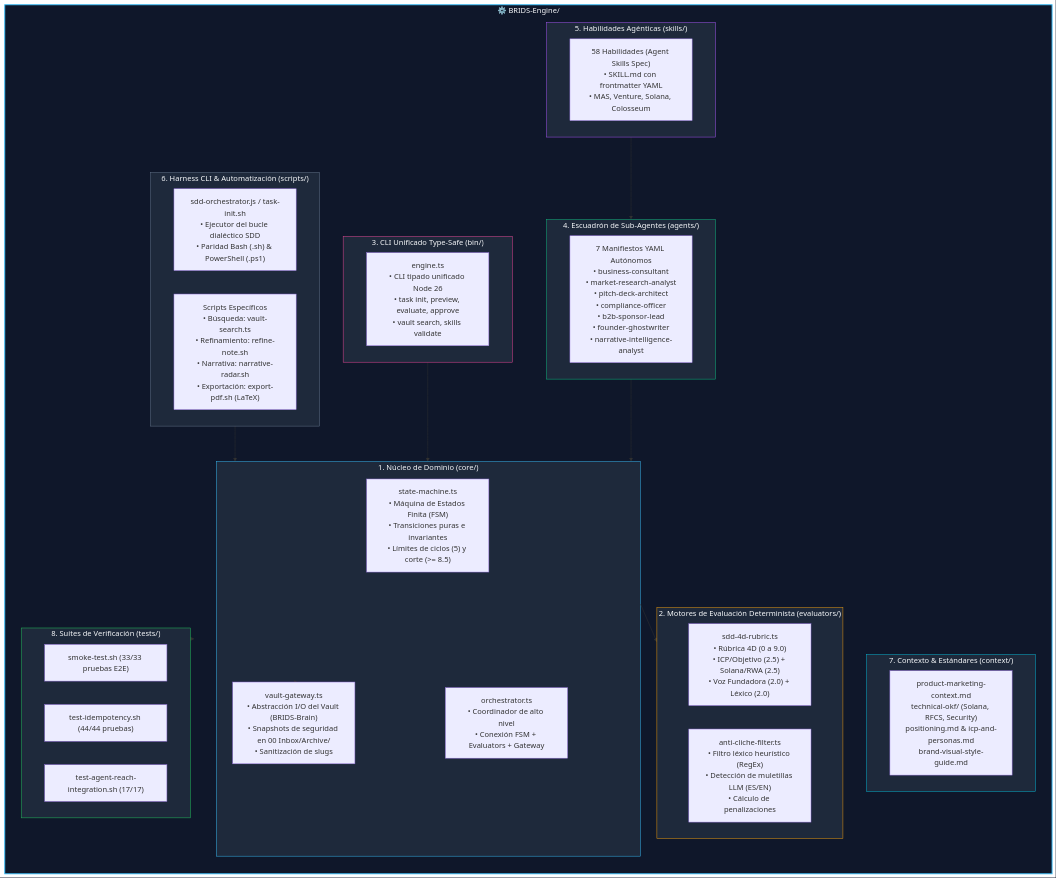
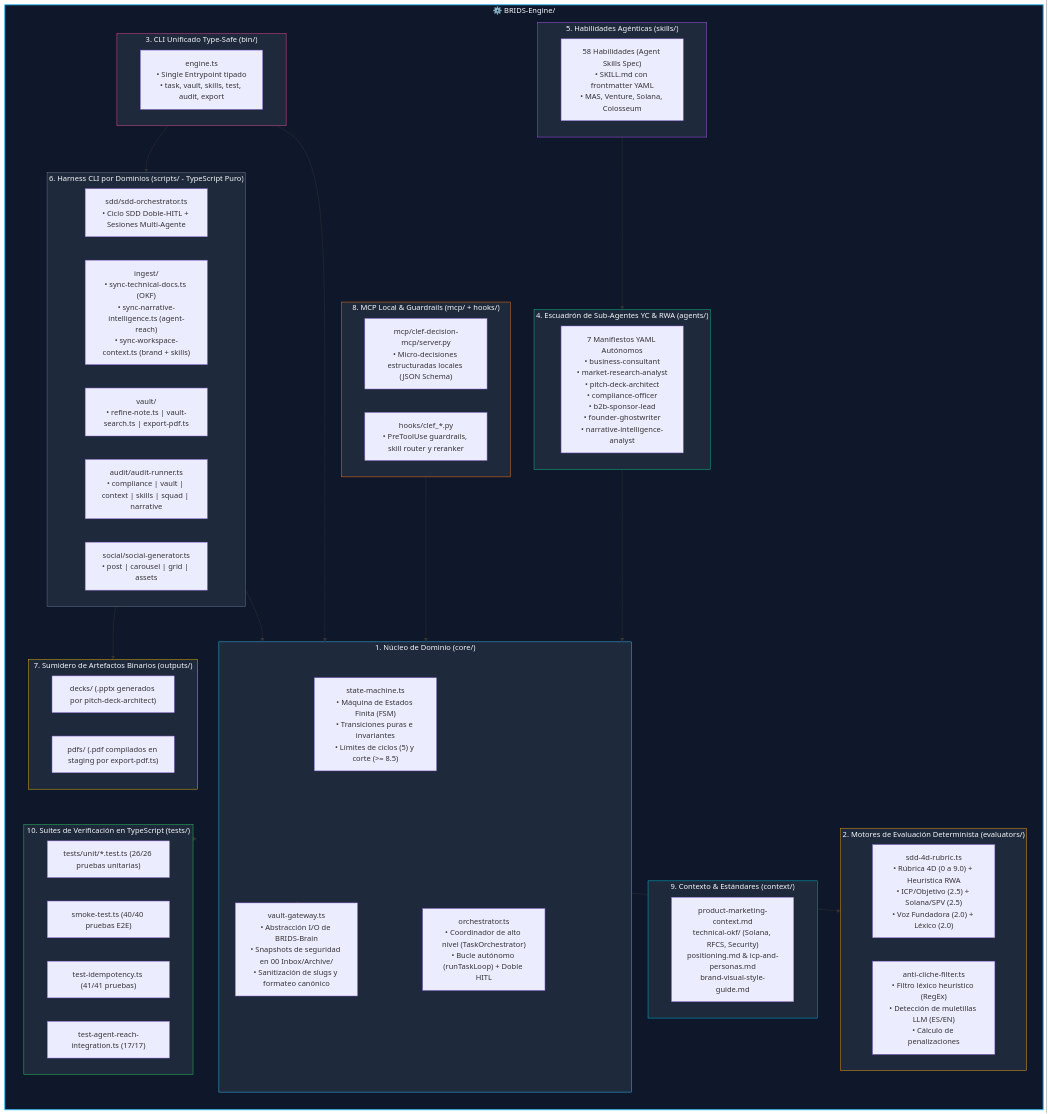
The diagram in BRIDS-Engine/docs/brids_engine_arquitectura.md (jeisonsosablockdev/BRIDS-KNOWLEDGE-FORT), drawn with Mermaid before and after one commit. The commit also changed other lines of this file and 219 other files, not shown here.

First line of the commit message:
refactor(engine): migrate scripts & tests to TypeScript domain architecture + SOLID cleanup

````diff
--- a/BRIDS-Engine/docs/brids_engine_arquitectura.md
+++ b/BRIDS-Engine/docs/brids_engine_arquitectura.md
@@ -26,62 +26,81 @@
 ```mermaid
 flowchart TB
     subgraph BRIDSEngine["⚙️ BRIDS-Engine/"]
         direction TB
 
         subgraph CoreLayer["1. Núcleo de Dominio (core/)"]
             SM["state-machine.ts<br/>• Máquina de Estados Finita (FSM)<br/>• Transiciones puras e invariantes<br/>• Límites de ciclos (5) y corte (>= 8.5)"]
-            ORCH["orchestrator.ts<br/>• Coordinador de alto nivel<br/>• Conexión FSM + Evaluators + Gateway"]
-            GW["vault-gateway.ts<br/>• Abstracción I/O del Vault (BRIDS-Brain)<br/>• Snapshots de seguridad en 00 Inbox/Archive/<br/>• Sanitización de slugs"]
+            ORCH["orchestrator.ts<br/>• Coordinador de alto nivel (TaskOrchestrator)<br/>• Bucle autónomo (runTaskLoop) + Doble HITL"]
+            GW["vault-gateway.ts<br/>• Abstracción I/O de BRIDS-Brain<br/>• Snapshots de seguridad en 00 Inbox/Archive/<br/>• Sanitización de slugs y formateo canónico"]
         end
 
         subgraph EvalLayer["2. Motores de Evaluación Determinista (evaluators/)"]
-            RUBRIC["sdd-4d-rubric.ts<br/>• Rúbrica 4D (0 a 9.0)<br/>• ICP/Objetivo (2.5) + Solana/RWA (2.5)<br/>• Voz Fundadora (2.0) + Léxico (2.0)"]
+            RUBRIC["sdd-4d-rubric.ts<br/>• Rúbrica 4D (0 a 9.0) + Heurística RWA<br/>• ICP/Objetivo (2.5) + Solana/SPV (2.5)<br/>• Voz Fundadora (2.0) + Léxico (2.0)"]
             CLICHE["anti-cliche-filter.ts<br/>• Filtro léxico heurístico (RegEx)<br/>• Detección de muletillas LLM (ES/EN)<br/>• Cálculo de penalizaciones"]
         end
 
         subgraph BinLayer["3. CLI Unificado Type-Safe (bin/)"]
-            CLI_BIN["engine.ts<br/>• CLI tipado unificado Node 26<br/>• task init, preview, evaluate, approve<br/>• vault search, skills validate"]
+            CLI_BIN["engine.ts<br/>• Single Entrypoint tipado<br/>• task, vault, skills, test, audit, export"]
         end
 
-        subgraph AgentsLayer["4. Escuadrón de Sub-Agentes (agents/)"]
+        subgraph AgentsLayer["4. Escuadrón de Sub-Agentes YC & RWA (agents/)"]
             AG_YAML["7 Manifiestos YAML Autónomos<br/>• business-consultant<br/>• market-research-analyst<br/>• pitch-deck-architect<br/>• compliance-officer<br/>• b2b-sponsor-lead<br/>• founder-ghostwriter<br/>• narrative-intelligence-analyst"]
         end
 
         subgraph SkillsLayer["5. Habilidades Agénticas (skills/)"]
             SKILLS["58 Habilidades (Agent Skills Spec)<br/>• SKILL.md con frontmatter YAML<br/>• MAS, Venture, Solana, Colosseum"]
         end
 
-        subgraph ScriptLayer["6. Harness CLI & Automatización (scripts/)"]
-            CLI_ORCH["sdd-orchestrator.js / task-init.sh<br/>• Ejecutor del bucle dialéctico SDD<br/>• Paridad Bash (.sh) & PowerShell (.ps1)"]
-            CLI_TOOLS["Scripts Específicos<br/>• Búsqueda: vault-search.ts<br/>• Refinamiento: refine-note.sh<br/>• Narrativa: narrative-radar.sh<br/>• Exportación: export-pdf.sh (LaTeX)"]
+        subgraph ScriptLayer["6. Harness CLI por Dominios (scripts/ - TypeScript Puro)"]
+            CLI_SDD["sdd/sdd-orchestrator.ts<br/>• Ciclo SDD Doble-HITL + Sesiones Multi-Agente"]
+            CLI_INGEST["ingest/<br/>• sync-technical-docs.ts (OKF)<br/>• sync-narrative-intelligence.ts (agent-reach)<br/>• sync-workspace-context.ts (brand + skills)"]
+            CLI_VAULT["vault/<br/>• refine-note.ts | vault-search.ts | export-pdf.ts"]
+            CLI_AUDIT["audit/audit-runner.ts<br/>• compliance | vault | context | skills | squad | narrative"]
+            CLI_SOCIAL["social/social-generator.ts<br/>• post | carousel | grid | assets"]
         end
 
-        subgraph ContextLayer["7. Contexto & Estándares (context/)"]
+        subgraph OutputsLayer["7. Sumidero de Artefactos Binarios (outputs/)"]
+            OUT_DECKS["decks/ (.pptx generados por pitch-deck-architect)"]
+            OUT_PDFS["pdfs/ (.pdf compilados en staging por export-pdf.ts)"]
+        end
+
+        subgraph McpHooksLayer["8. MCP Local & Guardrails (mcp/ + hooks/)"]
+            CLEF_MCP["mcp/clef-decision-mcp/server.py<br/>• Micro-decisiones estructuradas locales (JSON Schema)"]
+            CLEF_HOOKS["hooks/clef_*.py<br/>• PreToolUse guardrails, skill router y reranker"]
+        end
+
+        subgraph ContextLayer["9. Contexto & Estándares (context/)"]
             CTX["product-marketing-context.md<br/>technical-okf/ (Solana, RFCS, Security)<br/>positioning.md & icp-and-personas.md<br/>brand-visual-style-guide.md"]
         end
 
-        subgraph TestLayer["8. Suites de Verificación (tests/)"]
-            SMOKE["smoke-test.sh (33/33 pruebas E2E)"]
-            IDEMP["test-idempotency.sh (44/44 pruebas)"]
-            REACH["test-agent-reach-integration.sh (17/17)"]
+        subgraph TestLayer["10. Suites de Verificación en TypeScript (tests/)"]
+            UNIT["tests/unit/*.test.ts (26/26 pruebas unitarias)"]
+            SMOKE["smoke-test.ts (40/40 pruebas E2E)"]
+            IDEMP["test-idempotency.ts (41/41 pruebas)"]
+            REACH["test-agent-reach-integration.ts (17/17)"]
         end
     end
 
+    BinLayer --> CoreLayer
+    BinLayer --> ScriptLayer
     ScriptLayer --> CoreLayer
-    BinLayer --> CoreLayer
     CoreLayer --> EvalLayer
     CoreLayer --> GW
+    ScriptLayer --> OutputsLayer
     AgentsLayer --> CoreLayer
     SkillsLayer --> AgentsLayer
+    McpHooksLayer --> CoreLayer
     TestLayer --> BRIDSEngine
 
     style BRIDSEngine fill:#0f172a,stroke:#38bdf8,stroke-width:2px,color:#f8fafc
     style CoreLayer fill:#1e293b,stroke:#38bdf8,color:#f8fafc
     style EvalLayer fill:#1e293b,stroke:#f59e0b,color:#f8fafc
     style BinLayer fill:#1e293b,stroke:#ec4899,color:#f8fafc
     style AgentsLayer fill:#1e293b,stroke:#10b981,color:#f8fafc
     style SkillsLayer fill:#1e293b,stroke:#a855f7,color:#f8fafc
     style ScriptLayer fill:#1e293b,stroke:#64748b,color:#f8fafc
+    style OutputsLayer fill:#1e293b,stroke:#eab308,color:#f8fafc
+    style McpHooksLayer fill:#1e293b,stroke:#f97316,color:#f8fafc
     style ContextLayer fill:#1e293b,stroke:#06b6d4,color:#f8fafc
     style TestLayer fill:#1e293b,stroke:#22c55e,color:#f8fafc
 ```
````
